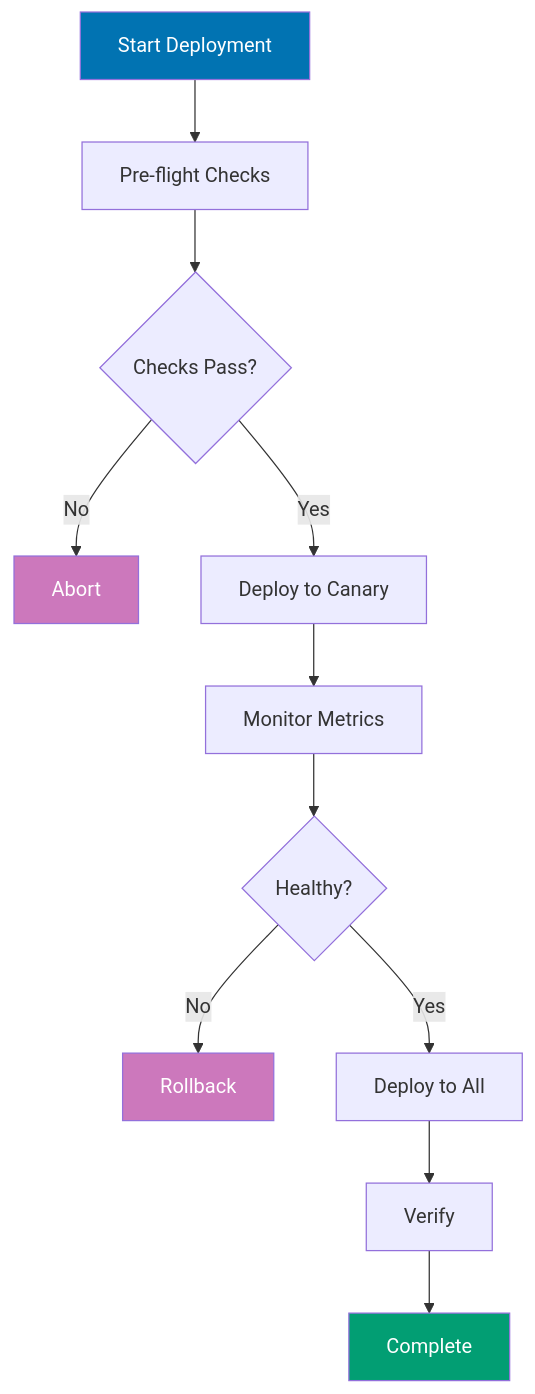
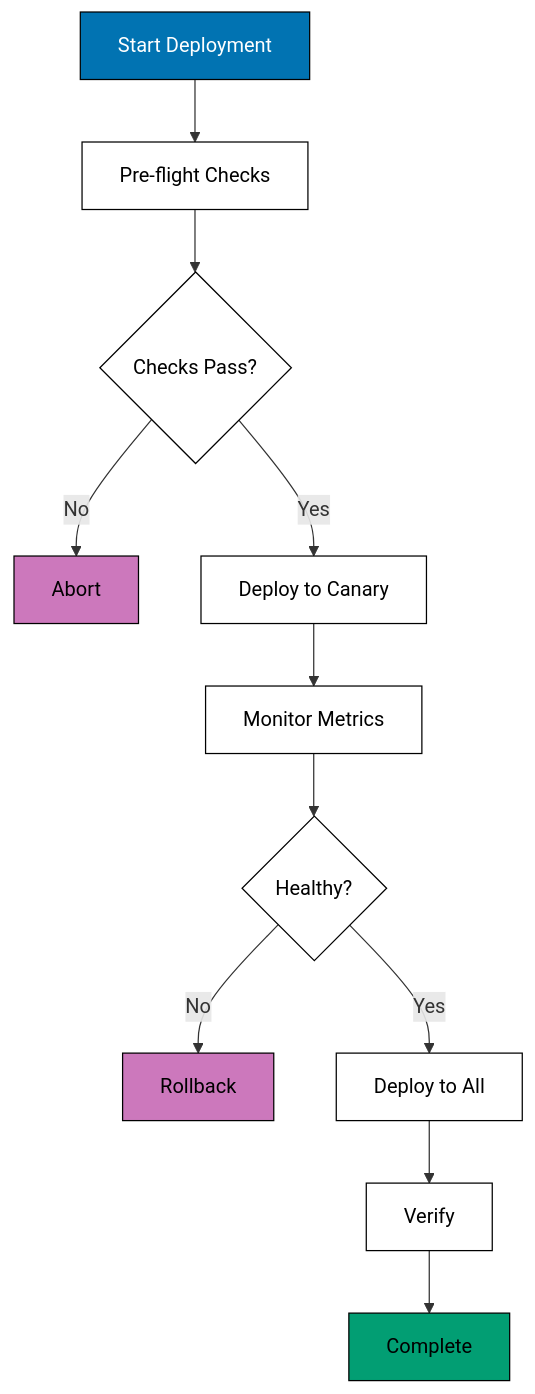
The fourth of 4 diagrams in apps/ayokoding-www/content/en/learn/legacy/software-engineering/platforms/linux/tools/shell/by-example/advanced.md (wahidyankf/ose-public), drawn with Mermaid before and after one commit. The commit also changed other lines of this file and 130 other files, not shown here.

First line of the commit message:
fix(mermaid): bring the legacy platforms diagrams onto the accessible palette

````diff
--- a/apps/ayokoding-www/content/en/learn/legacy/software-engineering/platforms/linux/tools/shell/by-example/advanced.md
+++ b/apps/ayokoding-www/content/en/learn/legacy/software-engineering/platforms/linux/tools/shell/by-example/advanced.md
@@ -3837,19 +3861,25 @@
 ```mermaid
 %% Production deployment flow
 graph TD
+    accTitle: Example 80: Production Deployment Patterns
+    accDescr: Graph with 11 nodes and 10 connections. Nodes: Start Deployment, Pre-flight Checks, Checks Pass?, Abort, Deploy to Canary, Monitor Metrics, Healthy?, Rollback, Deploy to All, Verify, Complete. Connections: Start Deployment to Pre-flight Checks, Pre-flight Checks to Checks Pass?, Checks Pass? to Abort (No), Checks Pass? to Deploy to Canary (Yes), Deploy to Canary to Monitor Metrics, Monitor Metrics to Healthy?, Healthy? to Rollback (No), Healthy? to Deploy to All (Yes), Deploy to All to Verify, Verify to Complete.
     A[Start Deployment] --> B[Pre-flight Checks]
     B --> C{Checks Pass?}
     C -->|No| D[Abort]
     C -->|Yes| E[Deploy to Canary]
     E --> F[Monitor Metrics]
     F --> G{Healthy?}
     G -->|No| H[Rollback]
     G -->|Yes| I[Deploy to All]
     I --> J[Verify]
     J --> K[Complete]
 
-    style A fill:#0173B2,color:#fff
-    style D fill:#CC78BC,color:#fff
-    style H fill:#CC78BC,color:#fff
-    style K fill:#029E73,color:#fff
+    classDef pal-0173B2 fill:#0173B2,stroke:#000000,color:#FFFFFF
+    class A pal-0173B2
+    classDef pal-CC78BC fill:#CC78BC,stroke:#000000,color:#000000
+    class D pal-CC78BC
+    class H pal-CC78BC
+    classDef pal-029E73 fill:#029E73,stroke:#000000,color:#000000
+    class K pal-029E73
+    classDef default fill:#FFFFFF,stroke:#000000,color:#000000
 ```
````
